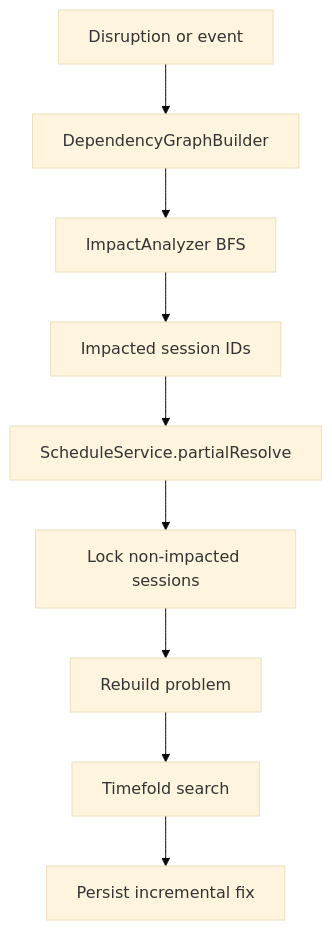
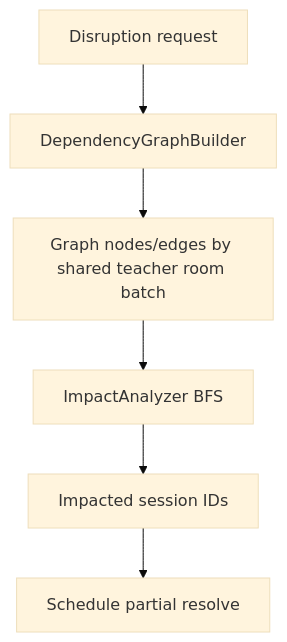
One commit to projectARARE/ARARE changed the third of 3 diagrams in README.md. Above: the diagram before and after it, drawn with Mermaid (base theme). The commit also changed other lines of this file, not shown here.

````diff
--- a/README.md
+++ b/README.md
@@ -341,11 +257,8 @@
 ```mermaid
 flowchart TD
-  A[Disruption or event] --> B[DependencyGraphBuilder]
-  B --> C[ImpactAnalyzer BFS]
-  C --> D[Impacted session IDs]
-  D --> E[ScheduleService.partialResolve]
-  E --> F[Lock non-impacted sessions]
-  F --> G[Rebuild problem]
-  G --> H[Timefold search]
-  H --> I[Persist incremental fix]
+  A[Disruption request] --> B[DependencyGraphBuilder]
+  B --> C[Graph nodes/edges by shared teacher room batch]
+  C --> D[ImpactAnalyzer BFS]
+  D --> E[Impacted session IDs]
+  E --> F[Schedule partial resolve]
 ```
````
